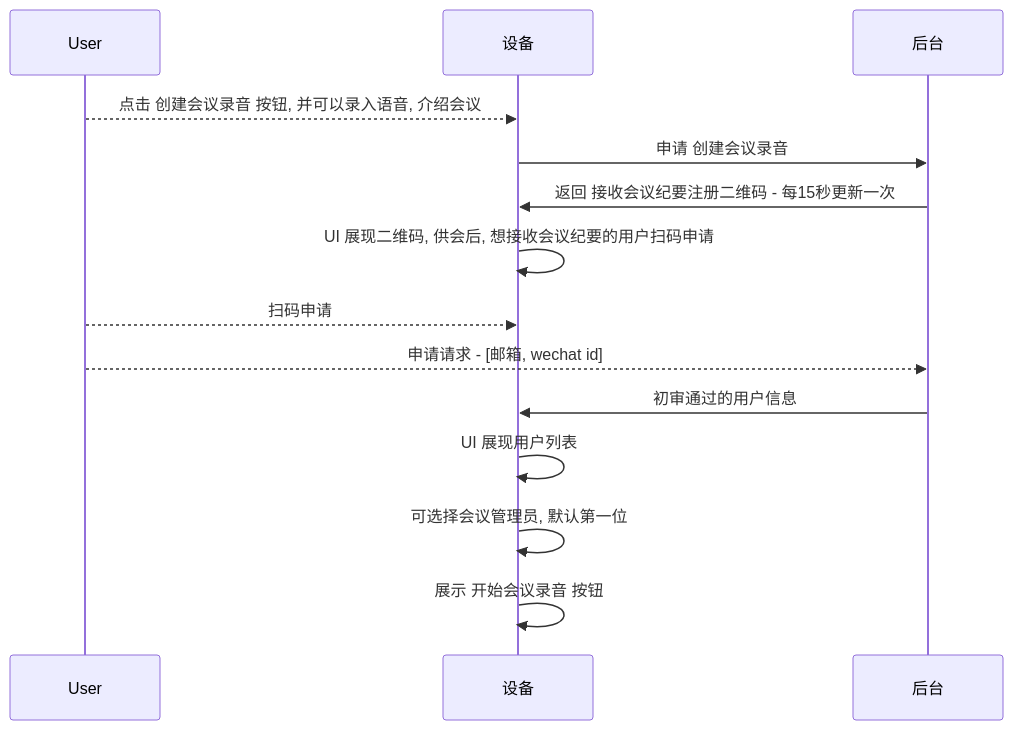
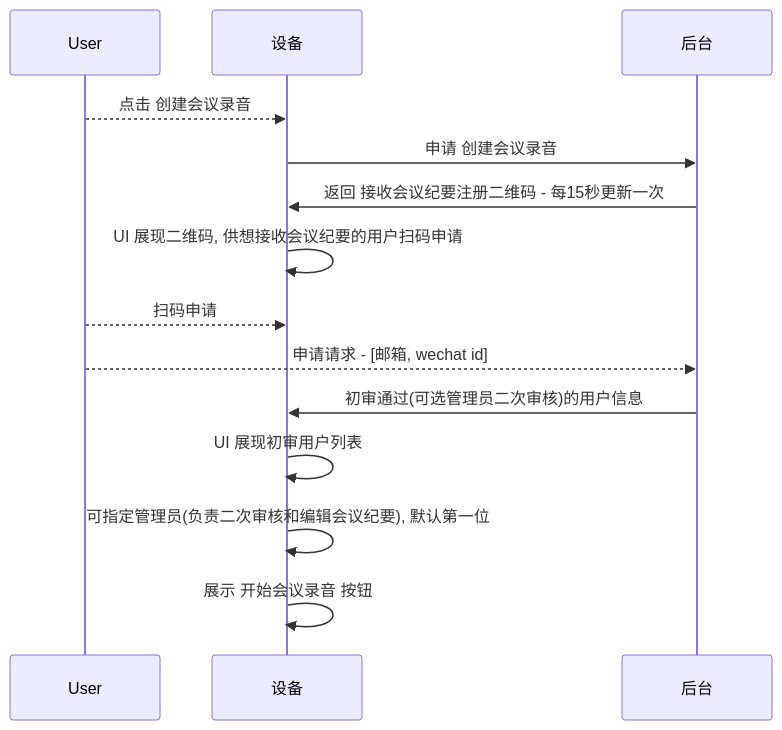
Before and after one commit to shaojun/open_docs: the second of 11 diagrams in projects/commercial/USER_STORY.md, drawn with Mermaid. The commit also changed other lines of this file and 8 other files, not shown here.

````diff
--- a/projects/commercial/USER_STORY.md
+++ b/projects/commercial/USER_STORY.md
@@ -25,17 +25,16 @@
 ```mermaid
 sequenceDiagram
     participant User as User
     participant Device as 设备
     participant Service as 后台
-    User-->>Device: 点击 创建会议录音 按钮, 并可以录入语音, 介绍会议
+    User-->>Device: 点击 创建会议录音
     Device->>Service: 申请 创建会议录音
     Service->>Device: 返回 接收会议纪要注册二维码 - 每15秒更新一次
-    Device->>Device: UI 展现二维码, 供会后, 想接收会议纪要的用户扫码申请
+    Device->>Device: UI 展现二维码, 供想接收会议纪要的用户扫码申请
     User-->>Device: 扫码申请
     User-->>Service: 申请请求 - [邮箱, wechat id]
-    Service->>Device: 初审通过的用户信息
-    Device->>Device: UI 展现用户列表
-    Device->>Device: 可选择会议管理员, 默认第一位
-    Device->>Device: 展示 开始会议录音 按钮
-    
+    Service->>Device: 初审通过(可选管理员二次审核)的用户信息
+    Device->>Device: UI 展现初审用户列表
+    Device->>Device: 可指定管理员(负责二次审核和编辑会议纪要), 默认第一位
+    Device->>Device: 展示 开始会议录音 按钮    
 ```
````
